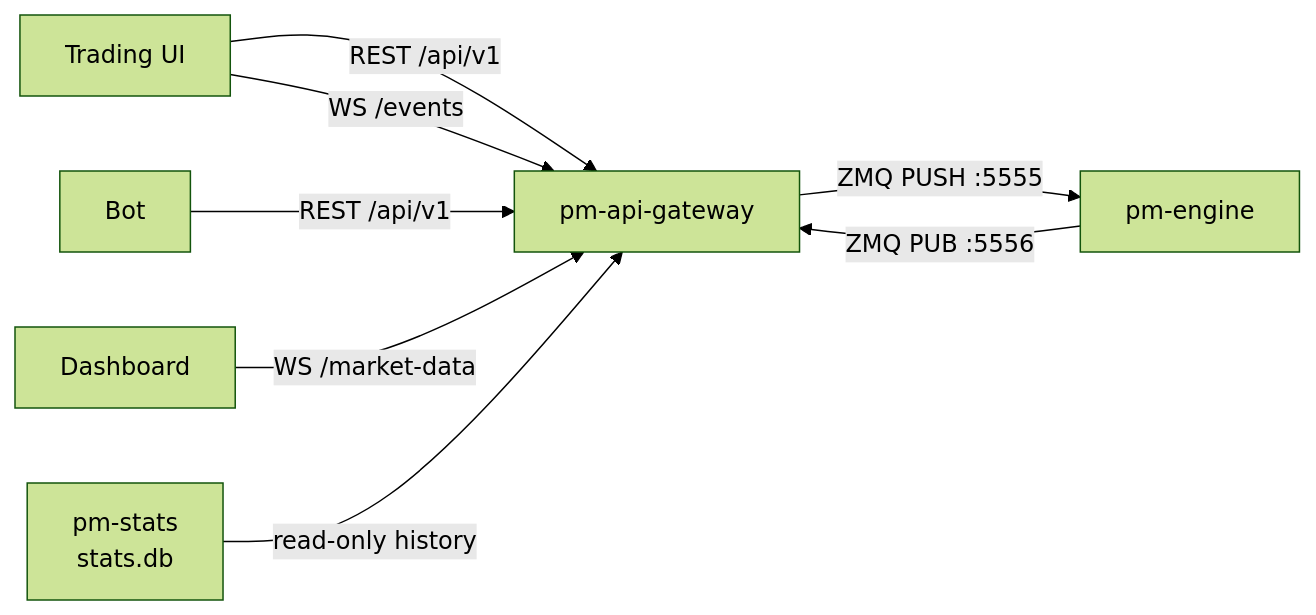
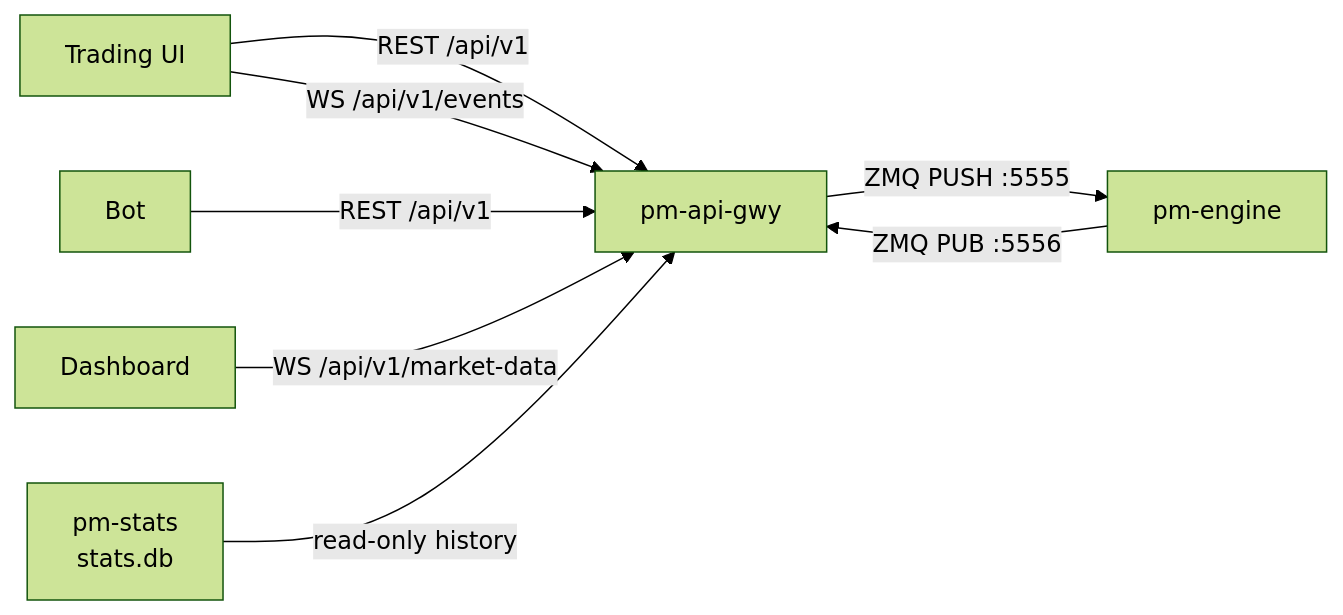
The diagram in docs/user-guide/21-api-gateway.md (johan162/EduMatcher), drawn with Mermaid (forest theme) before and after one commit. The commit also changed other lines of this file and 37 other files, not shown here.

````diff
--- a/docs/user-guide/21-api-gateway.md
+++ b/docs/user-guide/21-api-gateway.md
@@ -24,10 +24,10 @@
 ```mermaid
 flowchart LR
-    UI[Trading UI] -->|REST /api/v1| API[pm-api-gateway]
+    UI[Trading UI] -->|REST /api/v1| API[pm-api-gwy]
     BOT[Bot] -->|REST /api/v1| API
-    UI -->|WS /events| API
-    DASH[Dashboard] -->|WS /market-data| API
+  UI -->|WS /api/v1/events| API
+  DASH[Dashboard] -->|WS /api/v1/market-data| API
     API -->|ZMQ PUSH :5555| ENG[pm-engine]
     ENG -->|ZMQ PUB :5556| API
     STATS[pm-stats\nstats.db] -->|read-only history| API
 ```
````
